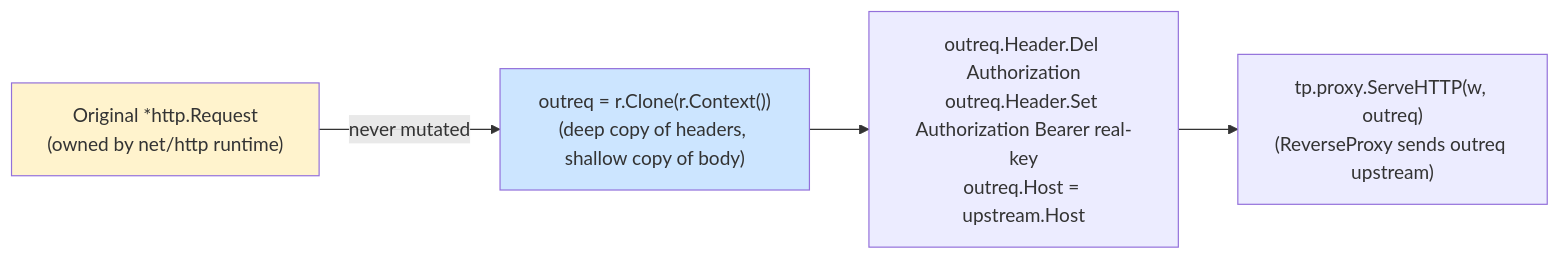
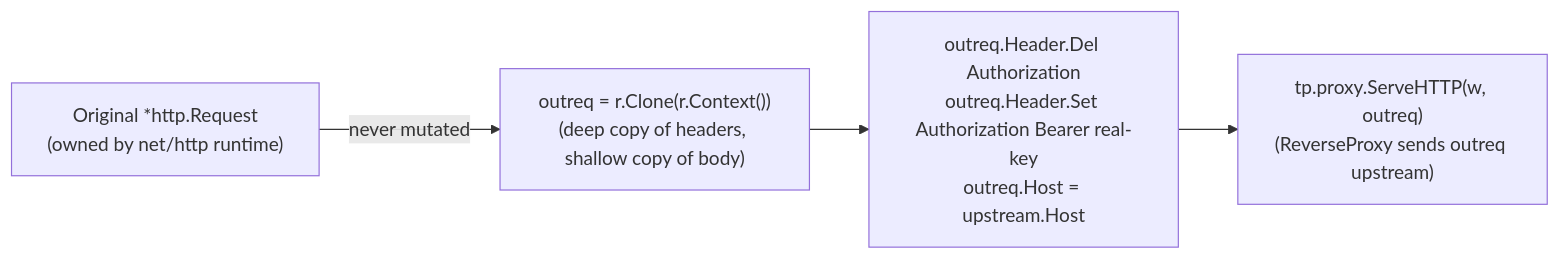
Before and after one commit to vigneshvn1995/agentmesh: diagram 14 of 17 in docs/architecture.md, drawn with Mermaid. The commit also changed other lines of this file and 1 other file, not shown here.

First line of the commit message:
fix: restore README encoding and repair mermaid diagrams in architecture.md

````diff
--- a/docs/architecture.md
+++ b/docs/architecture.md
@@ -540,12 +534,9 @@
 ```mermaid
 flowchart LR
     ORIG["Original *http.Request\n(owned by net/http runtime)"]
     CLONE["outreq = r.Clone(r.Context())\n(deep copy of headers, shallow copy of body)"]
     MUTATE["outreq.Header.Del Authorization\noutreq.Header.Set Authorization Bearer real-key\noutreq.Host = upstream.Host"]
     PROXY["tp.proxy.ServeHTTP(w, outreq)\n(ReverseProxy sends outreq upstream)"]
 
     ORIG -->|never mutated| CLONE --> MUTATE --> PROXY
-
-    style ORIG fill:#fff3cd
-    style CLONE fill:#cce5ff
 ```
````
